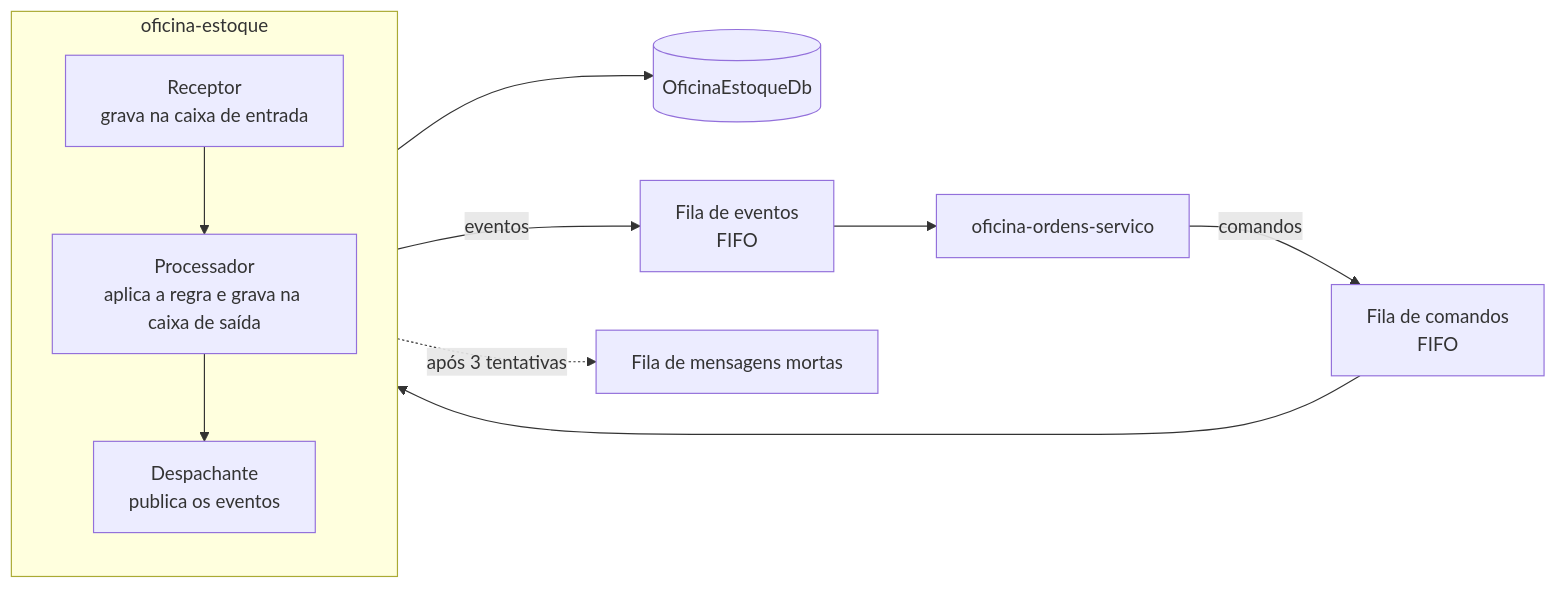
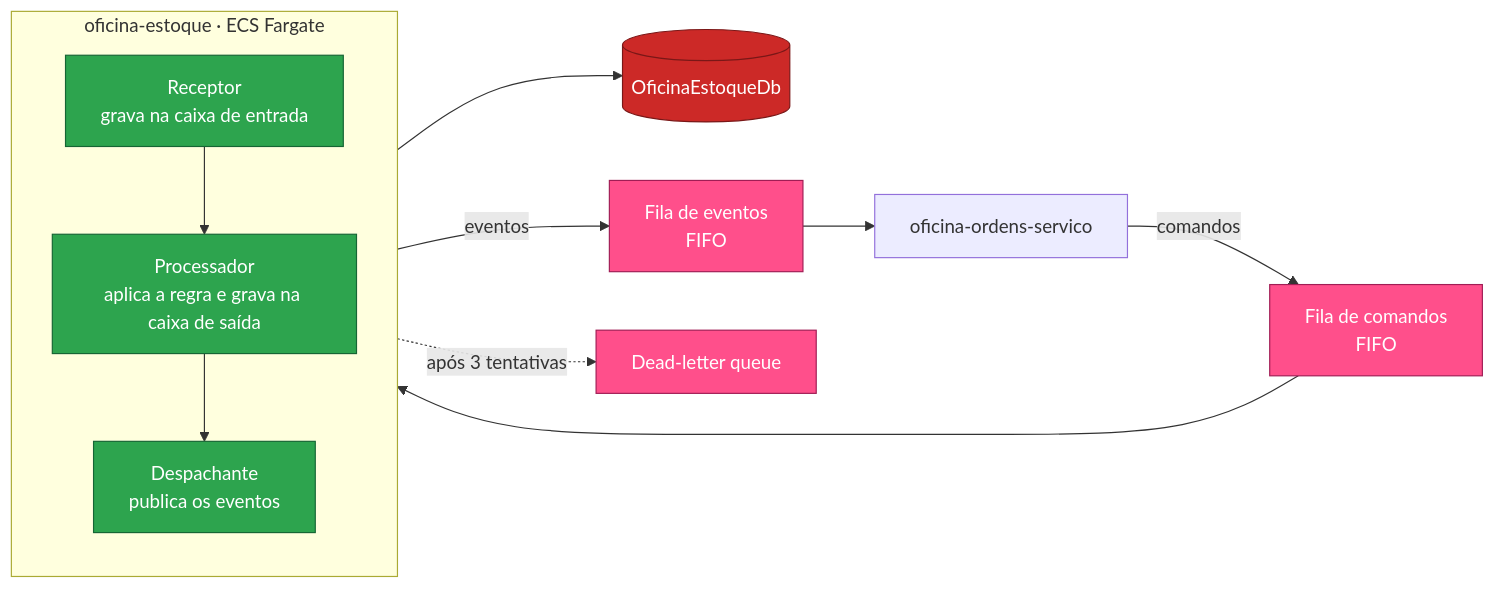
The diagram in README.md (fabianorodrigues/oficina-estoque-fiap-fase4), drawn with Mermaid before and after one commit. The commit also changed other lines of this file, not shown here.

Commit message:
docs: alinhar README ao deploy ECS Fargate com SQS FIFO

````diff
--- a/README.md
+++ b/README.md
@@ -55,19 +69,25 @@
 ```mermaid
 flowchart LR
     Ordens["oficina-ordens-servico"] -->|"comandos"| FC["Fila de comandos<br/>FIFO"]
 
-    subgraph Estoque["oficina-estoque"]
+    subgraph Estoque["oficina-estoque · ECS Fargate"]
         direction TB
         R["Receptor<br/>grava na caixa de entrada"]
         P["Processador<br/>aplica a regra e grava na caixa de saída"]
         D["Despachante<br/>publica os eventos"]
         R --> P --> D
     end
 
     FC --> R
     P --> DB[("OficinaEstoqueDb")]
     D -->|"eventos"| FE["Fila de eventos<br/>FIFO"]
     FE --> Ordens
+    P -.->|"após 3 tentativas"| DLQ["Dead-letter queue"]
 
-    P -.->|"após 3 tentativas"| DLQ["Fila de mensagens mortas"]
+    classDef svc fill:#2da44e,stroke:#166534,color:#fff
+    classDef data fill:#CC2927,stroke:#7a1717,color:#fff
+    classDef queue fill:#FF4F8B,stroke:#a11d55,color:#fff
+    class R,P,D svc
+    class DB data
+    class FC,FE,DLQ queue
 ```
````
